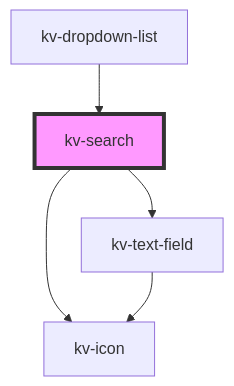
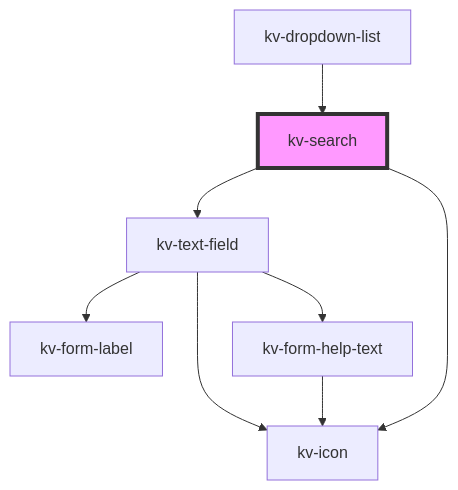
Before and after one commit to kelvininc/ui-components: the diagram in packages/ui-components/src/components/search/readme.md, drawn with Mermaid. The commit also changed 100 other files, not shown here.

Commit message:
feat(kv-schema-form): add and integrate the react-jsonschema-form lib

````diff
--- a/packages/ui-components/src/components/search/readme.md
+++ b/packages/ui-components/src/components/search/readme.md
@@ -79,8 +79,11 @@
 ```mermaid
 graph TD;
   kv-search --> kv-text-field
   kv-search --> kv-icon
+  kv-text-field --> kv-form-label
   kv-text-field --> kv-icon
+  kv-text-field --> kv-form-help-text
+  kv-form-help-text --> kv-icon
   kv-dropdown-list --> kv-search
   style kv-search fill:#f9f,stroke:#333,stroke-width:4px
 ```
````
